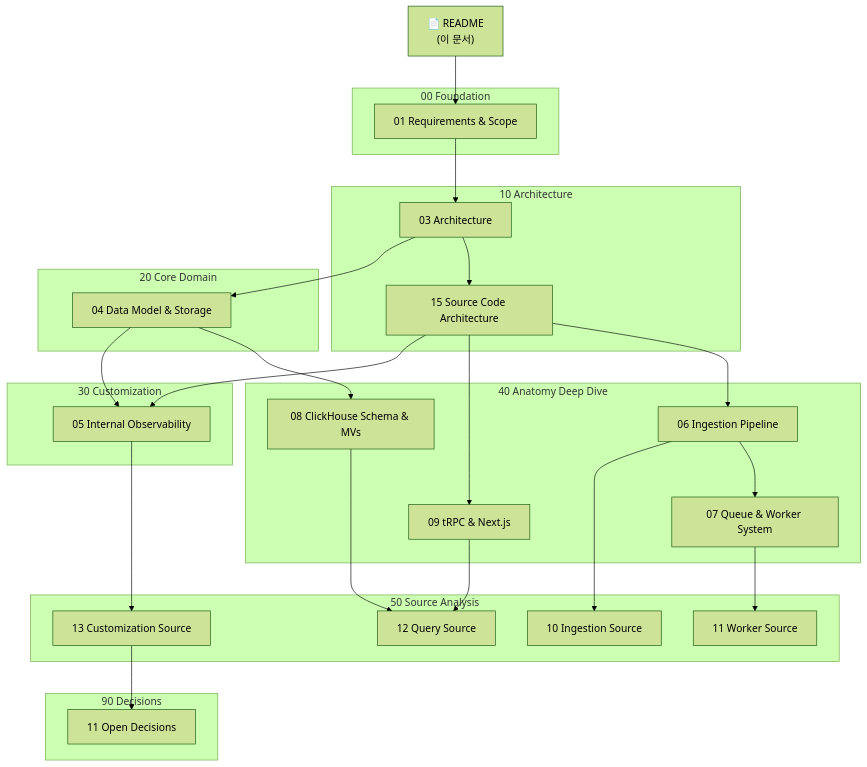
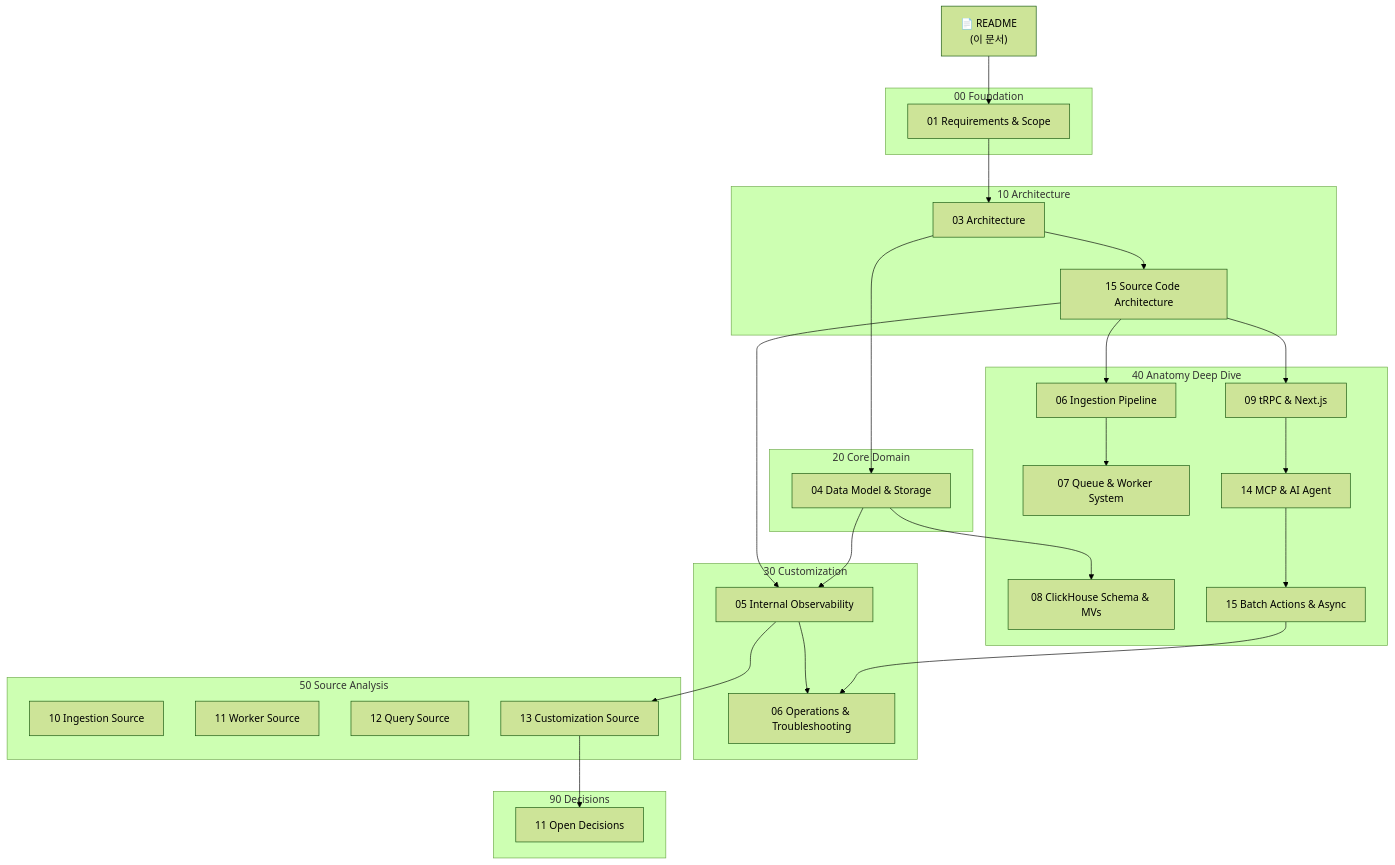
Before and after one commit to dhs-shine/langfuse: the diagram in docs/README.md, drawn with Mermaid (forest theme). The commit also changed other lines of this file and 9 other files, not shown here.

Commit message:
docs: expand system architecture documentation and add guides for batch actions, operations, and MCP agent integration

````diff
--- a/docs/README.md
+++ b/docs/README.md
@@ -16,59 +16,61 @@
 ```mermaid
 flowchart TD
     R["📄 README<br/>(이 문서)"]
 
     subgraph Foundation["00 Foundation"]
         F["01 Requirements & Scope"]
     end
 
     subgraph Architecture["10 Architecture"]
         A["03 Architecture"]
         SA["15 Source Code Architecture"]
     end
 
     subgraph Domain["20 Core Domain"]
         DM["04 Data Model & Storage"]
     end
 
     subgraph Custom["30 Customization"]
         CI["05 Internal Observability"]
+        OPS["06 Operations & Troubleshooting"]
     end
 
     subgraph Anatomy["40 Anatomy Deep Dive"]
         IP["06 Ingestion Pipeline"]
         QW["07 Queue & Worker System"]
         CH["08 ClickHouse Schema & MVs"]
         TR["09 tRPC & Next.js"]
+        MCP["14 MCP & AI Agent"]
+        BA["15 Batch Actions & Async"]
     end
 
     subgraph Source["50 Source Analysis"]
         I_SRC["10 Ingestion Source"]
         W_SRC["11 Worker Source"]
         Q_SRC["12 Query Source"]
         C_SRC["13 Customization Source"]
     end
 
     subgraph Decisions["90 Decisions"]
         OD["11 Open Decisions"]
     end
 
     R --> F
     F --> A
     A --> SA
     A --> DM
 
     SA --> IP
     IP --> QW
     DM --> CH
     SA --> TR
-
-    IP --> I_SRC
-    QW --> W_SRC
-    CH --> Q_SRC
-    TR --> Q_SRC
+    TR --> MCP
+    MCP --> BA
 
     SA --> CI
+    CI --> OPS
     DM --> CI
     CI --> C_SRC
+    BA --> OPS
     C_SRC --> OD
 ```
````
